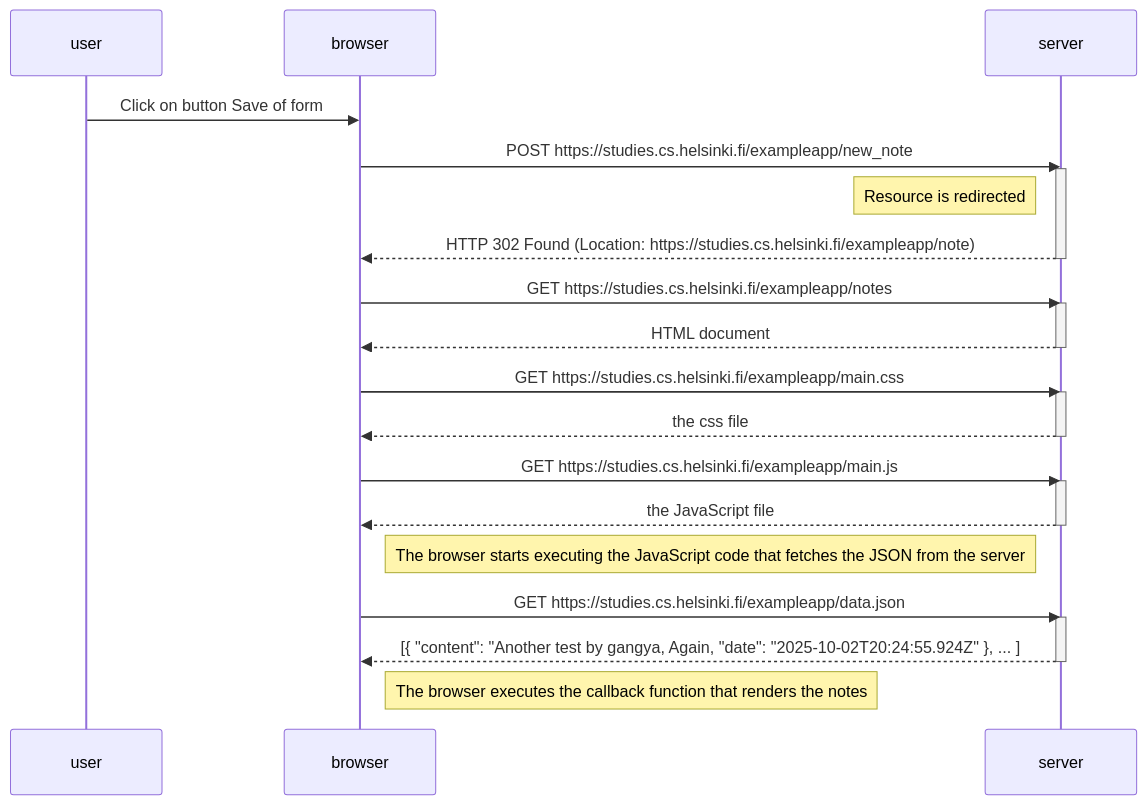
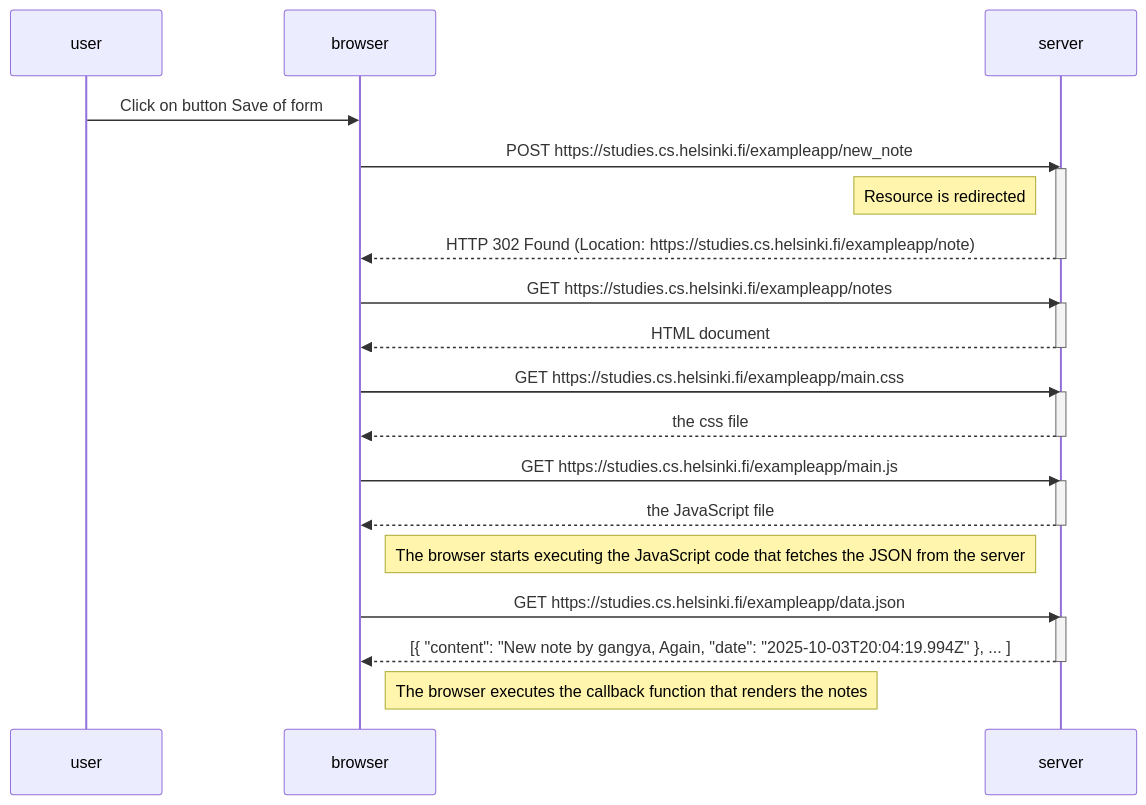
The diagram in part0/04Newnotediagram.md (gangya/fullstackopen), drawn with Mermaid before and after one commit.

Commit message:
Last update of 04Newnotediagram.md diagram file from branch

````diff
--- a/part0/04Newnotediagram.md
+++ b/part0/04Newnotediagram.md
@@ -1,37 +1,37 @@
 ```mermaid
 
 sequenceDiagram
     participant user
     participant browser
     participant server
     
     user ->> browser: Click on button Save of form 
     browser ->> server: POST https://studies.cs.helsinki.fi/exampleapp/new_note
     activate server
     Note left of server: Resource is redirected
     server -->> browser: HTTP 302 Found (Location: https://studies.cs.helsinki.fi/exampleapp/note)
     deactivate server
 
     browser->>server: GET https://studies.cs.helsinki.fi/exampleapp/notes
     activate server
     server-->>browser: HTML document
     deactivate server
 
     browser->>server: GET https://studies.cs.helsinki.fi/exampleapp/main.css
     activate server
     server-->>browser: the css file
     deactivate server
 
     browser->>server: GET https://studies.cs.helsinki.fi/exampleapp/main.js
     activate server
     server-->>browser: the JavaScript file
     deactivate server
 
     Note right of browser: The browser starts executing the JavaScript code that fetches the JSON from the server
     browser->>server: GET https://studies.cs.helsinki.fi/exampleapp/data.json
     activate server
-    server-->>browser: [{ "content": "Another test by gangya, Again, "date": "2025-10-02T20:24:55.924Z" }, ... ]
+    server-->>browser: [{ "content": "New note by gangya, Again, "date": "2025-10-03T20:04:19.994Z" }, ... ]
     deactivate server
     Note right of browser: The browser executes the callback function that renders the notes
     
 ```
````
